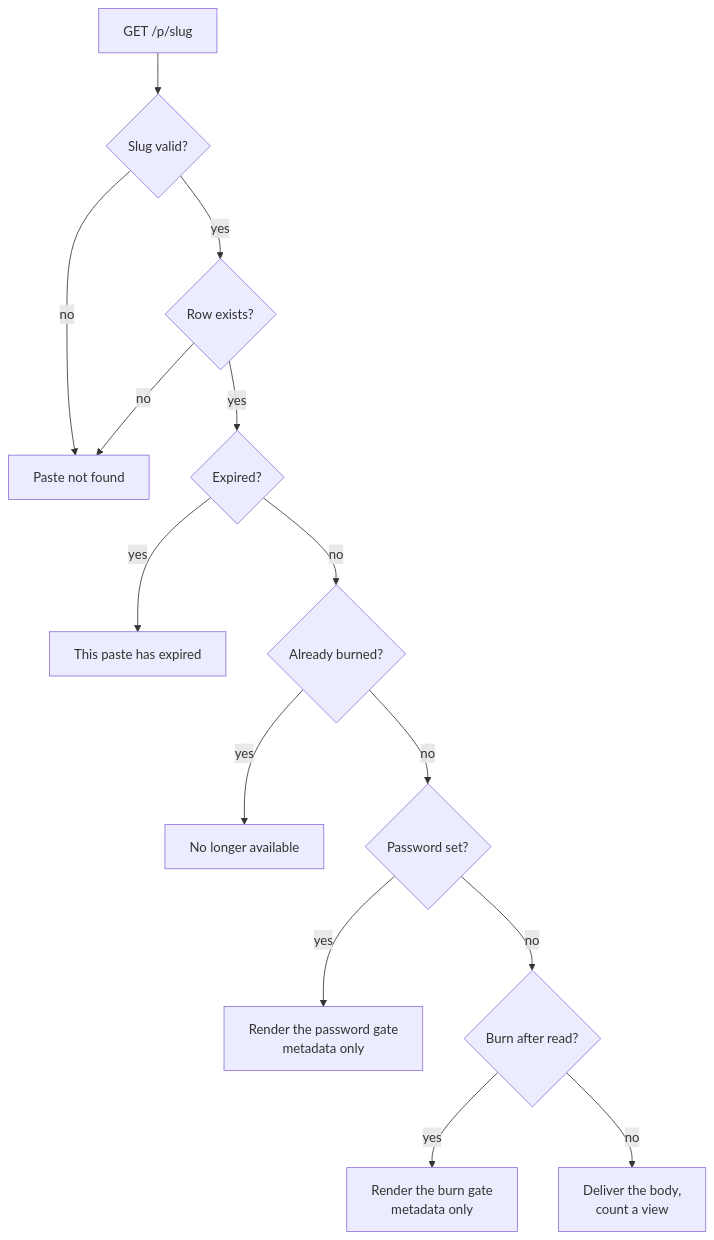
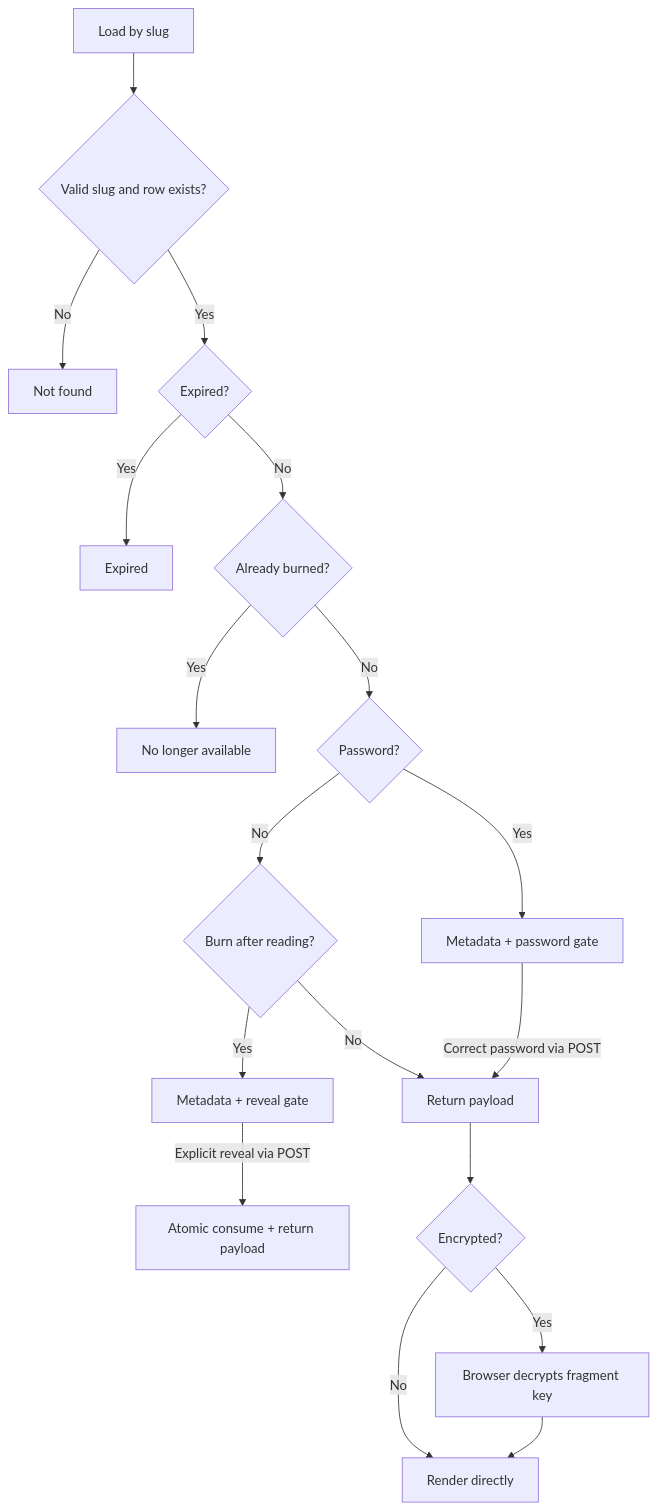
Before and after one commit to hamshamb/TinyPaste: the third of 4 diagrams in docs/ARCHITECTURE.md, drawn with Mermaid. The commit also changed other lines of this file and 11 other files, not shown here.

````diff
--- a/docs/ARCHITECTURE.md
+++ b/docs/ARCHITECTURE.md
@@ -78,16 +115,20 @@
 ```mermaid
 flowchart TD
-    A[GET /p/slug] --> B{Slug valid?}
-    B -- no --> N[Paste not found]
-    B -- yes --> C{Row exists?}
-    C -- no --> N
-    C -- yes --> D{Expired?}
-    D -- yes --> E[This paste has expired]
-    D -- no --> F{Already burned?}
-    F -- yes --> G[No longer available]
-    F -- no --> H{Password set?}
-    H -- yes --> I[Render the password gate<br/>metadata only]
-    H -- no --> J{Burn after read?}
-    J -- yes --> K[Render the burn gate<br/>metadata only]
-    J -- no --> L[Deliver the body,<br/>count a view]
+    A[Load by slug] --> B{Valid slug and row exists?}
+    B -- No --> NF[Not found]
+    B -- Yes --> C{Expired?}
+    C -- Yes --> EX[Expired]
+    C -- No --> D{Already burned?}
+    D -- Yes --> BU[No longer available]
+    D -- No --> E{Password?}
+    E -- Yes --> PW[Metadata + password gate]
+    E -- No --> F{Burn after reading?}
+    F -- Yes --> BG[Metadata + reveal gate]
+    F -- No --> G[Return payload]
+    PW -->|Correct password via POST| G
+    BG -->|Explicit reveal via POST| H[Atomic consume + return payload]
+    G --> I{Encrypted?}
+    I -- Yes --> J[Browser decrypts fragment key]
+    I -- No --> K[Render directly]
+    J --> K
 ```
````
